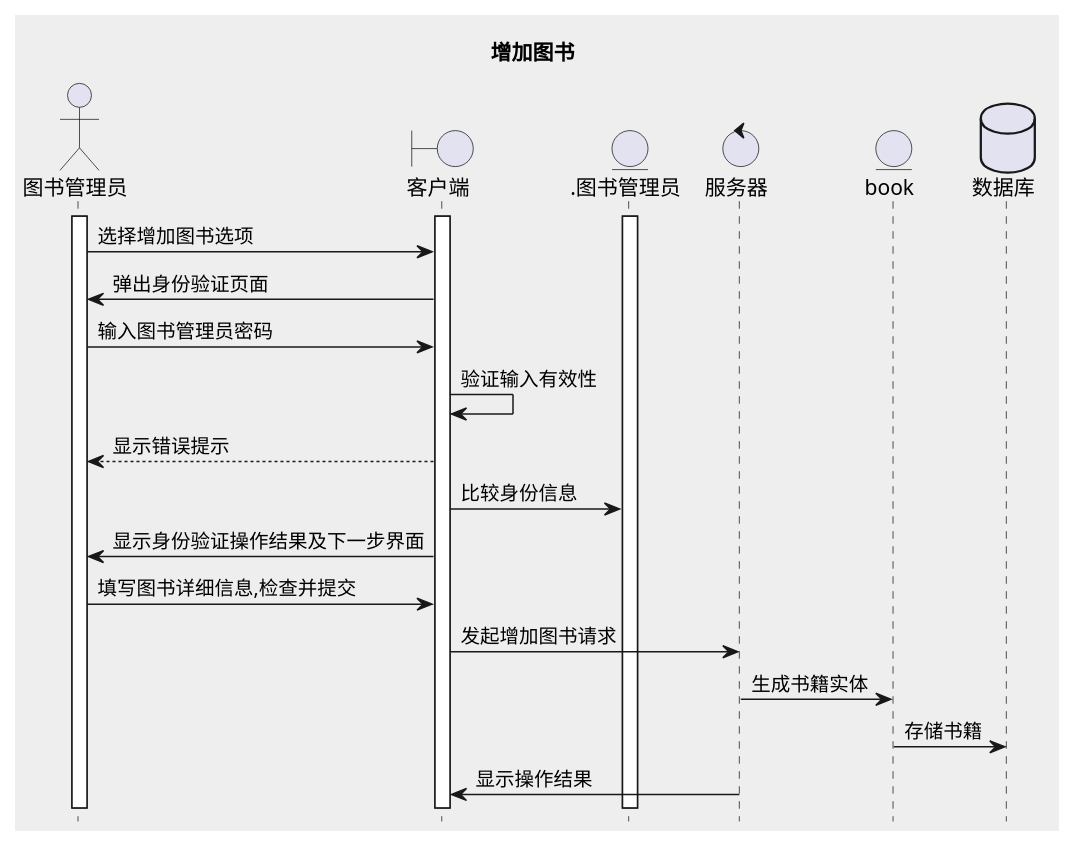
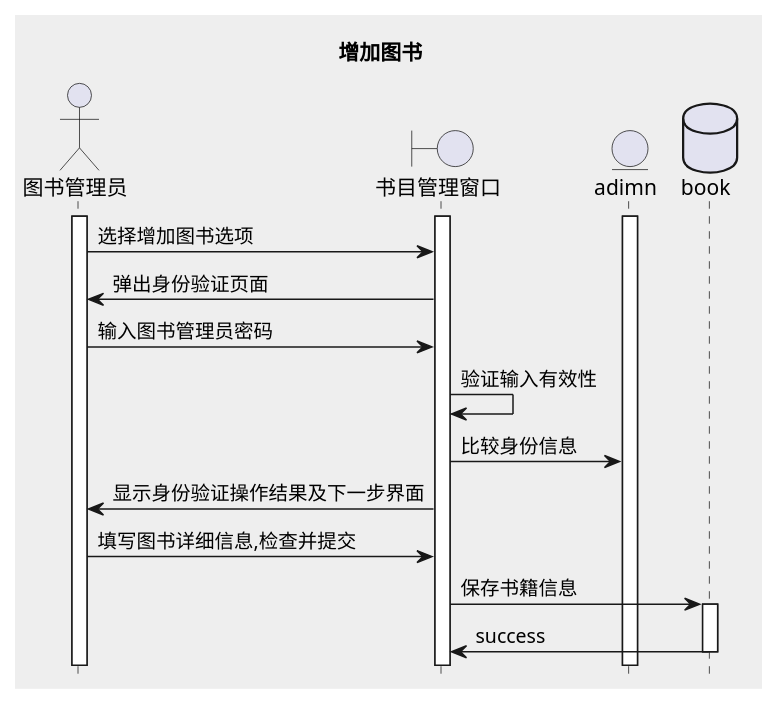
One commit to 201610414130/is_analysis-4 changed the seventh of 11 diagrams in test4/uaseCase.pu. Above: the diagram before and after it, drawn with PlantUML. The commit also changed other lines of this file and 13 other files, not shown here.

```diff
--- a/test4/uaseCase.pu
+++ b/test4/uaseCase.pu
@@ -174,26 +137,23 @@
 @startuml 书目管理(增加图书)
 skinparam backgroundColor #eee
 title 增加图书
 hide footbox
 actor 图书管理员
-boundary 客户端
-entity .图书管理员
-control 服务器
-entity book
-database 数据库
+boundary 书目管理窗口
+entity adimn
+database book
 activate 图书管理员
-activate 客户端
-activate .图书管理员
-图书管理员->客户端: 选择增加图书选项
-客户端->图书管理员: 弹出身份验证页面
-图书管理员->客户端: 输入图书管理员密码
-客户端->客户端: 验证输入有效性
-客户端-->图书管理员: 显示错误提示
-客户端->.图书管理员: 比较身份信息
-客户端->图书管理员: 显示身份验证操作结果及下一步界面
-图书管理员->客户端: 填写图书详细信息,检查并提交
-客户端->服务器: 发起增加图书请求
-服务器->book: 生成书籍实体
-book->数据库: 存储书籍
-服务器->客户端: 显示操作结果
+activate 书目管理窗口
+activate adimn
+图书管理员->书目管理窗口: 选择增加图书选项
+书目管理窗口->图书管理员: 弹出身份验证页面
+图书管理员->书目管理窗口: 输入图书管理员密码
+书目管理窗口->书目管理窗口: 验证输入有效性
+书目管理窗口->adimn: 比较身份信息
+书目管理窗口->图书管理员: 显示身份验证操作结果及下一步界面
+图书管理员->书目管理窗口: 填写图书详细信息,检查并提交
+书目管理窗口->book: 保存书籍信息
+activate book
+book->书目管理窗口: success
+deactivate book
 @enduml
```
